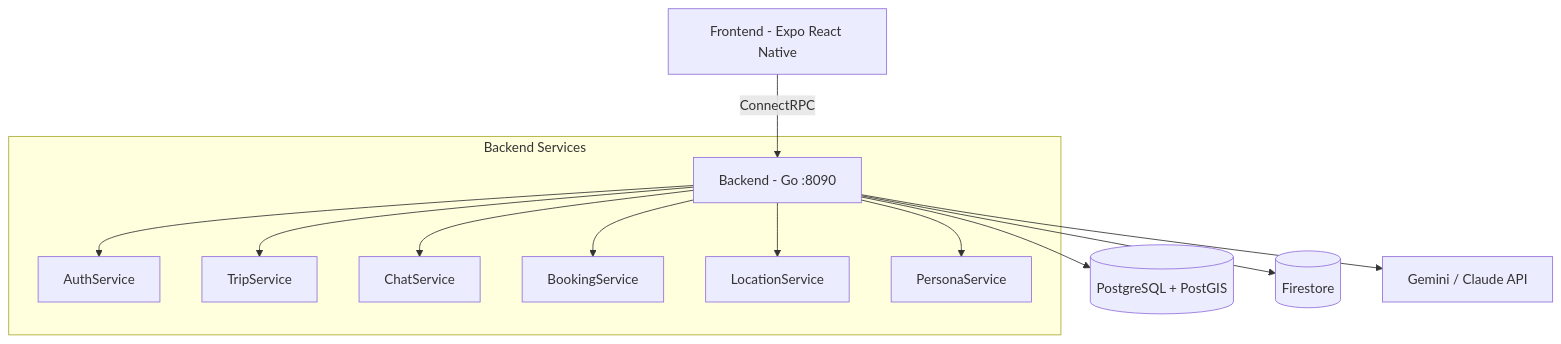
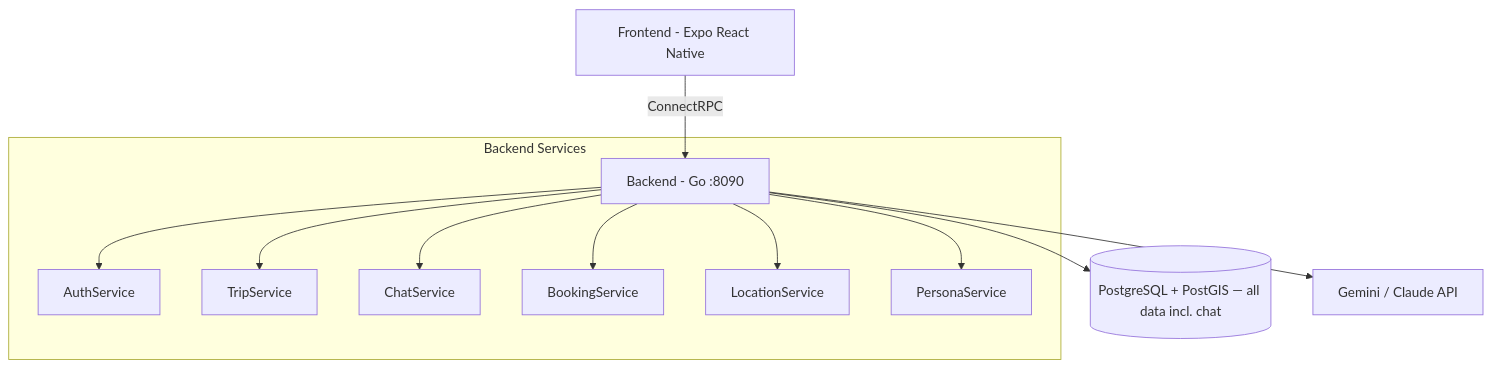
Before and after one commit to gallowaysoftware/toqui: the first of 3 diagrams in backend/CLAUDE.md, drawn with Mermaid. The commit also changed other lines of this file and 34 other files, not shown here.

````diff
--- a/backend/CLAUDE.md
+++ b/backend/CLAUDE.md
@@ -48,16 +48,15 @@
 ```mermaid
 graph TB
     FE[Frontend - Expo React Native] -->|ConnectRPC| BE[Backend - Go :8090]
-    BE --> PG[(PostgreSQL + PostGIS)]
-    BE --> FS[(Firestore)]
+    BE --> PG[(PostgreSQL + PostGIS — all data incl. chat)]
     BE --> AI[Gemini / Claude API]
 
     subgraph Backend Services
         BE --> Auth[AuthService]
         BE --> Trip[TripService]
         BE --> Chat[ChatService]
         BE --> Book[BookingService]
         BE --> Loc[LocationService]
         BE --> Pers[PersonaService]
     end
 ```
````
